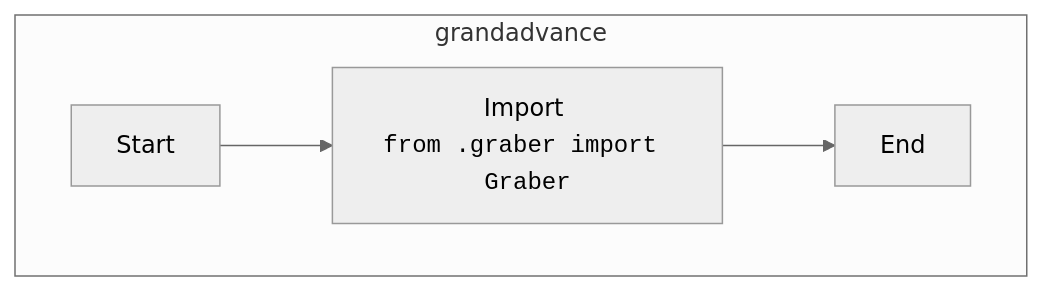
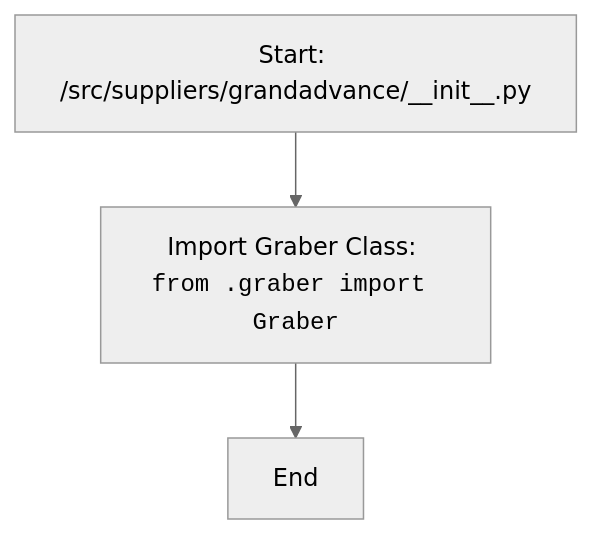
Before and after one commit to hypo69/hypo: the diagram in docs/gemini/ru/explainer/src/suppliers/grandadvance/__init__.py.md, drawn with Mermaid (neutral theme). The commit also changed other lines of this file and 1505 other files, not shown here.

````diff
--- a/docs/gemini/ru/explainer/src/suppliers/grandadvance/__init__.py.md
+++ b/docs/gemini/ru/explainer/src/suppliers/grandadvance/__init__.py.md
@@ -16,7 +11,5 @@
 ```mermaid
 flowchart TD
-    subgraph grandadvance
-        Start[Start] --> ImportGraber[Import <br><code>from .graber import Graber</code>]
-        ImportGraber --> End[End]
-    end
+    Start[Start: /src/suppliers/grandadvance/__init__.py] --> ImportGraber[Import Graber Class: <br><code>from .graber import Graber</code>];
+    ImportGraber --> End[End];
 ```
````
